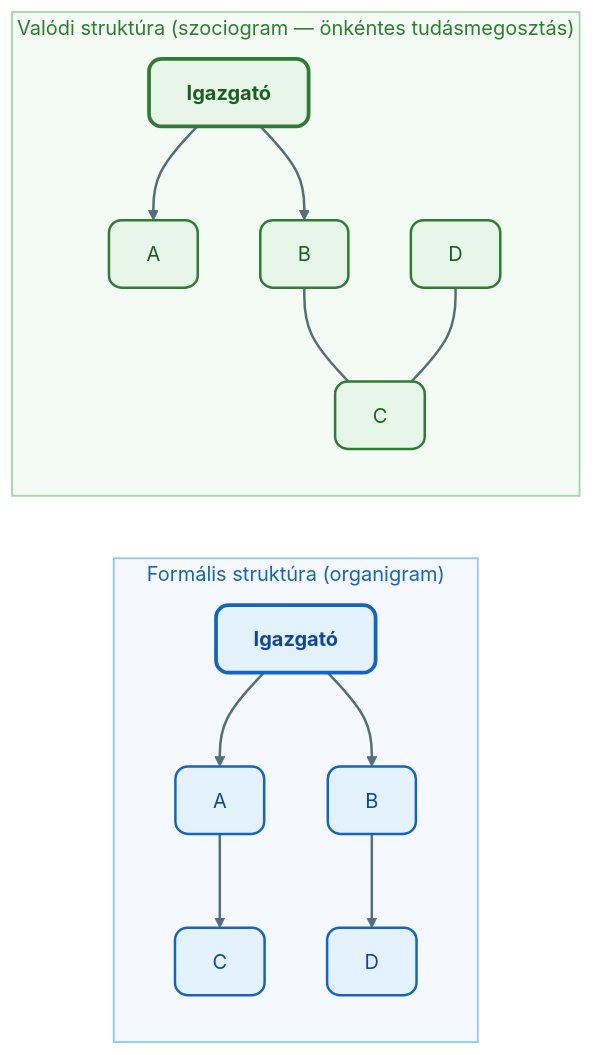
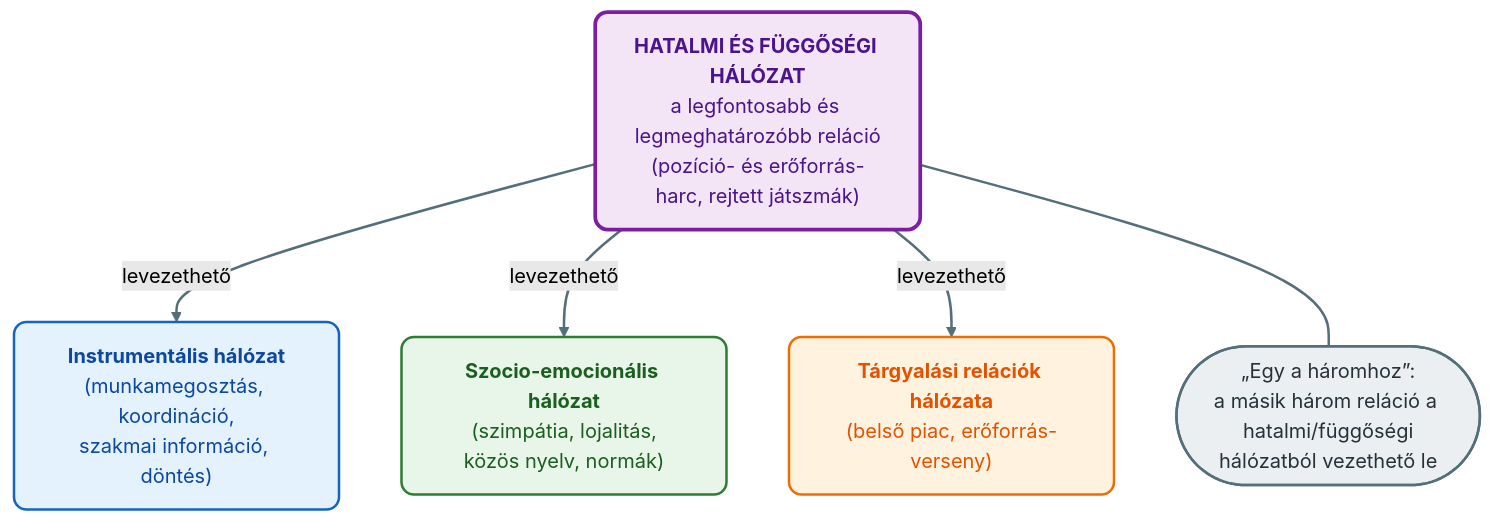
Before and after one commit to denespocsik/MM_BSC_Zarovizsga: the third of 3 diagrams in Tételek/V16-GMXVU2MBLF-Vállalat komplex hálózati modellje.tétel.md, drawn with Mermaid (forest theme). The commit also changed other lines of this file and 2 other files, not shown here.

````diff
--- a/Tételek/V16-GMXVU2MBLF-Vállalat komplex hálózati modellje.tétel.md
+++ b/Tételek/V16-GMXVU2MBLF-Vállalat komplex hálózati modellje.tétel.md
@@ -107,33 +152,21 @@
 ```mermaid
-flowchart LR
-    subgraph FORM["Formális struktúra (organigram)"]
-        direction TB
-        IG1["<b>Igazgató</b>"]:::kekH
-        FA["A"]:::kek & FB["B"]:::kek
-        FC["C"]:::kek
-        FD["D"]:::kek
-        IG1 --> FA & FB
-        FA --> FC
-        FB --> FD
-    end
-    subgraph VAL["Valódi struktúra (szociogram — önkéntes tudásmegosztás)"]
-        direction TB
-        IG2["<b>Igazgató</b>"]:::zoldH
-        VA["A"]:::zold & VB["B"]:::zold
-        VC["C"]:::zold
-        VD["D"]:::zold
-        IG2 --> VA & VB
-        VB --- VC
-        VD --- VC
-    end
+flowchart TD
+    P["<b>HATALMI ÉS FÜGGŐSÉGI HÁLÓZAT</b><br/>a legfontosabb és legmeghatározóbb reláció<br/>(pozíció- és erőforrás-harc, rejtett játszmák)"]:::lilaH
+    I["<b>Instrumentális hálózat</b><br/>(munkamegosztás, koordináció,<br/>szakmai információ, döntés)"]:::kek
+    S["<b>Szocio-emocionális hálózat</b><br/>(szimpátia, lojalitás,<br/>közös nyelv, normák)"]:::zold
+    T["<b>Tárgyalási relációk hálózata</b><br/>(belső piac, erőforrás-verseny)"]:::narancs
+    NOTE(["„Egy a háromhoz”:<br/>a másik három reláció a hatalmi/függőségi<br/>hálózatból vezethető le"]):::szurke
 
-    classDef kek   fill:#e3f2fd,stroke:#1565c0,stroke-width:2px,color:#0d47a1,rx:10,ry:10;
-    classDef kekH  fill:#e3f2fd,stroke:#1565c0,stroke-width:3px,color:#0d47a1,rx:10,ry:10;
-    classDef zold  fill:#e8f5e9,stroke:#2e7d32,stroke-width:2px,color:#1b5e20,rx:10,ry:10;
-    classDef zoldH fill:#e8f5e9,stroke:#2e7d32,stroke-width:3px,color:#1b5e20,rx:10,ry:10;
+    P -->|levezethető| I
+    P -->|levezethető| S
+    P -->|levezethető| T
+    P --- NOTE
 
-    style FORM fill:#f5f9ff,stroke:#90caf9,stroke-width:1.5px,color:#1565c0;
-    style VAL  fill:#f4fbf5,stroke:#a5d6a7,stroke-width:1.5px,color:#2e7d32;
+    classDef kek     fill:#e3f2fd,stroke:#1565c0,stroke-width:2px,color:#0d47a1,rx:10,ry:10;
+    classDef zold    fill:#e8f5e9,stroke:#2e7d32,stroke-width:2px,color:#1b5e20,rx:10,ry:10;
+    classDef narancs fill:#fff3e0,stroke:#ef6c00,stroke-width:2px,color:#e65100,rx:10,ry:10;
+    classDef lilaH   fill:#f3e5f5,stroke:#7b1fa2,stroke-width:3px,color:#4a148c,rx:10,ry:10;
+    classDef szurke  fill:#eceff1,stroke:#546e7a,stroke-width:2px,color:#263238,rx:10,ry:10;
 
     linkStyle default stroke:#546e7a,stroke-width:2px;
 ```
````
